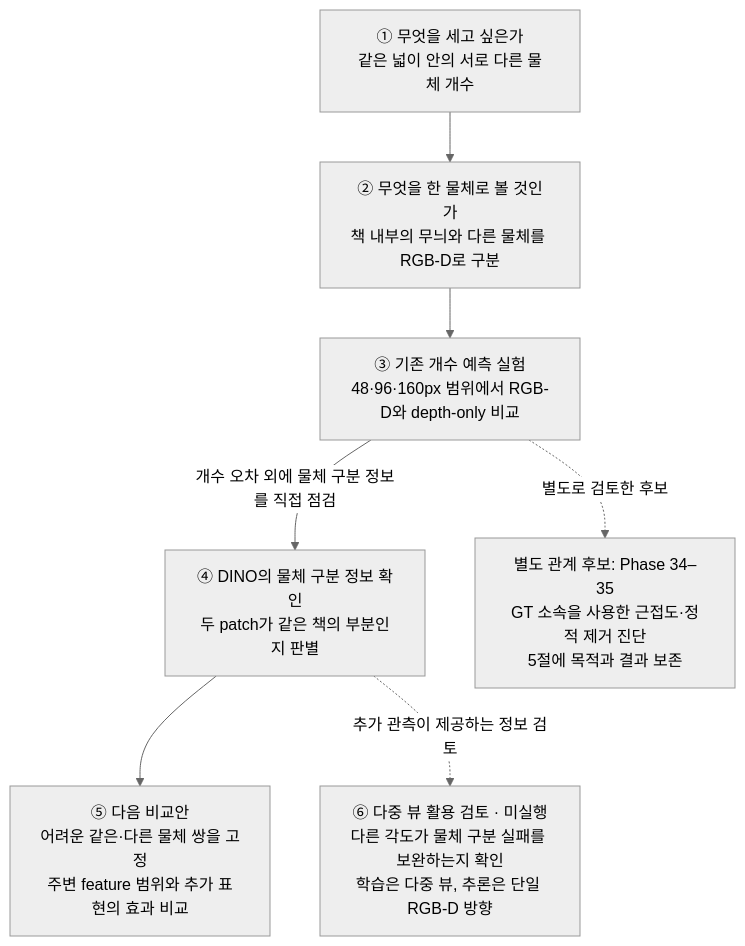
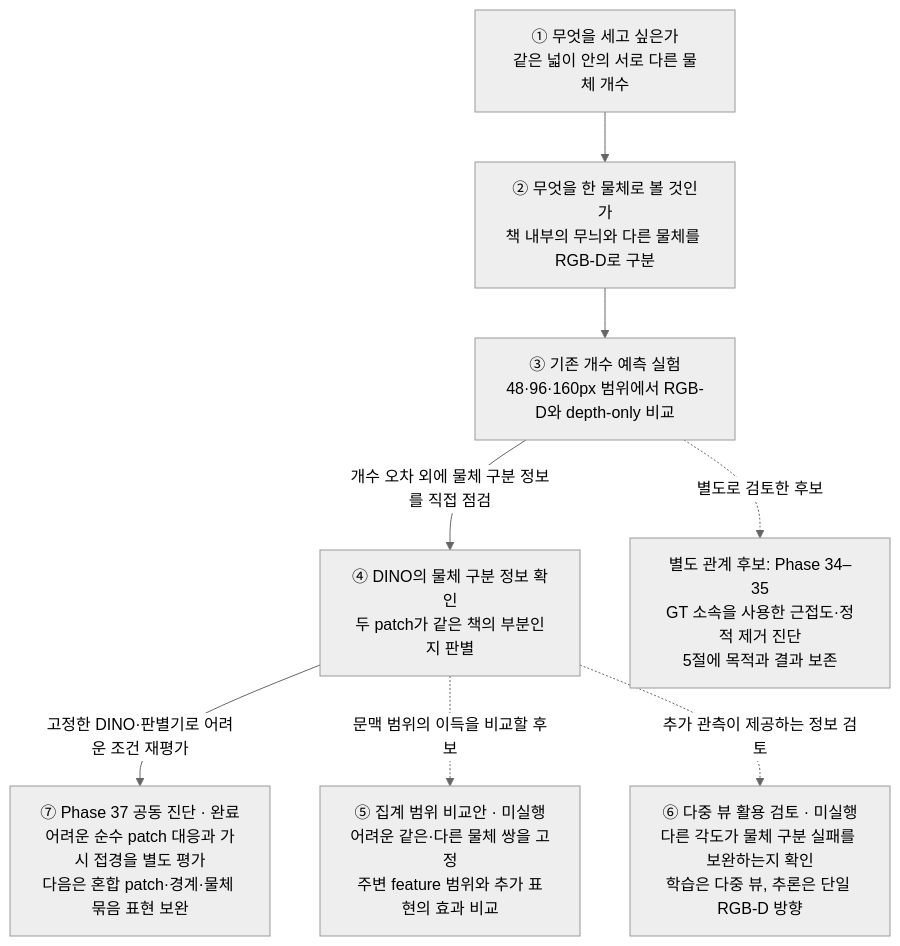
The first of 4 diagrams in complexity_stream.md (JeonHaneul/2D-PDM_DINOv3), drawn with Mermaid (neutral theme) before and after one commit. The commit also changed other lines of this file and 5 other files, not shown here.

````diff
--- a/complexity_stream.md
+++ b/complexity_stream.md
@@ -21,15 +21,17 @@
 ```mermaid
 flowchart TD
     N1["① 무엇을 세고 싶은가<br/>같은 넓이 안의 서로 다른 물체 개수"]
     N2["② 무엇을 한 물체로 볼 것인가<br/>책 내부의 무늬와 다른 물체를 RGB-D로 구분"]
     N3["③ 기존 개수 예측 실험<br/>48·96·160px 범위에서 RGB-D와 depth-only 비교"]
     N4["④ DINO의 물체 구분 정보 확인<br/>두 patch가 같은 책의 부분인지 판별"]
-    N5["⑤ 다음 비교안<br/>어려운 같은·다른 물체 쌍을 고정<br/>주변 feature 범위와 추가 표현의 효과 비교"]
+    N5["⑤ 집계 범위 비교안 · 미실행<br/>어려운 같은·다른 물체 쌍을 고정<br/>주변 feature 범위와 추가 표현의 효과 비교"]
     N6["⑥ 다중 뷰 활용 검토 · 미실행<br/>다른 각도가 물체 구분 실패를 보완하는지 확인<br/>학습은 다중 뷰, 추론은 단일 RGB-D 방향"]
+    N7["⑦ Phase 37 공동 진단 · 완료<br/>어려운 순수 patch 대응과 가시 접경을 별도 평가<br/>다음은 혼합 patch·경계·물체 묶음 표현 보완"]
     H["별도 관계 후보: Phase 34–35<br/>GT 소속을 사용한 근접도·정적 제거 진단<br/>5절에 목적과 결과 보존"]
     N1 --> N2 --> N3
     N3 -->|"개수 오차 외에 물체 구분 정보를 직접 점검"| N4
-    N4 --> N5
+    N4 -->|"고정한 DINO·판별기로 어려운 조건 재평가"| N7
+    N4 -. "문맥 범위의 이득을 비교할 후보" .-> N5
     N4 -. "추가 관측이 제공하는 정보 검토" .-> N6
     N3 -. "별도로 검토한 후보" .-> H
 ```
````
